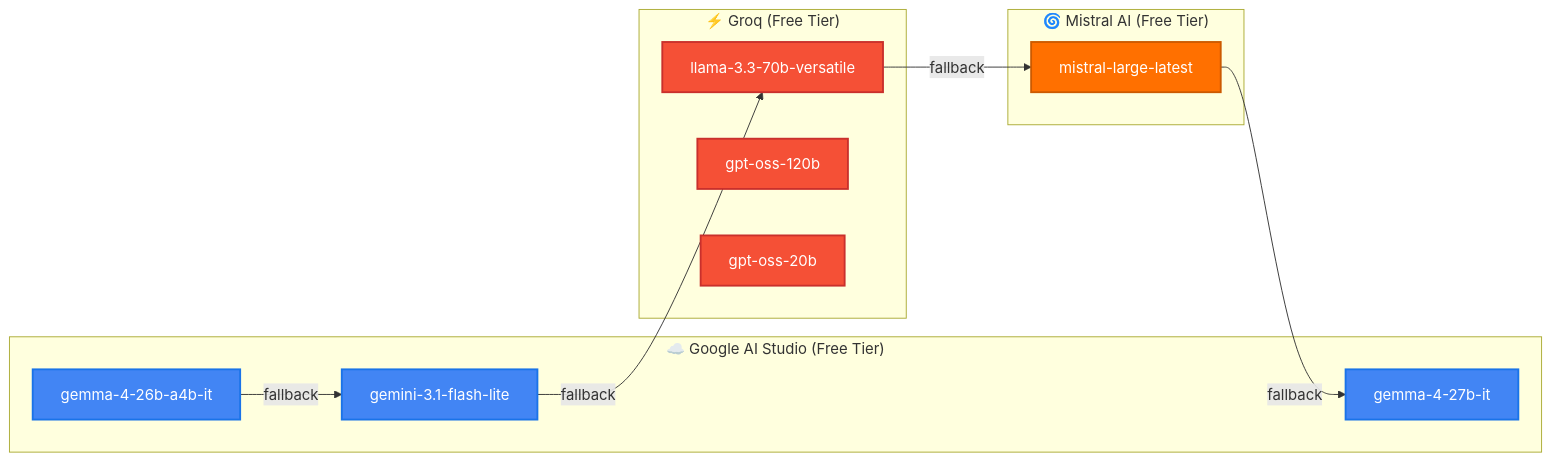
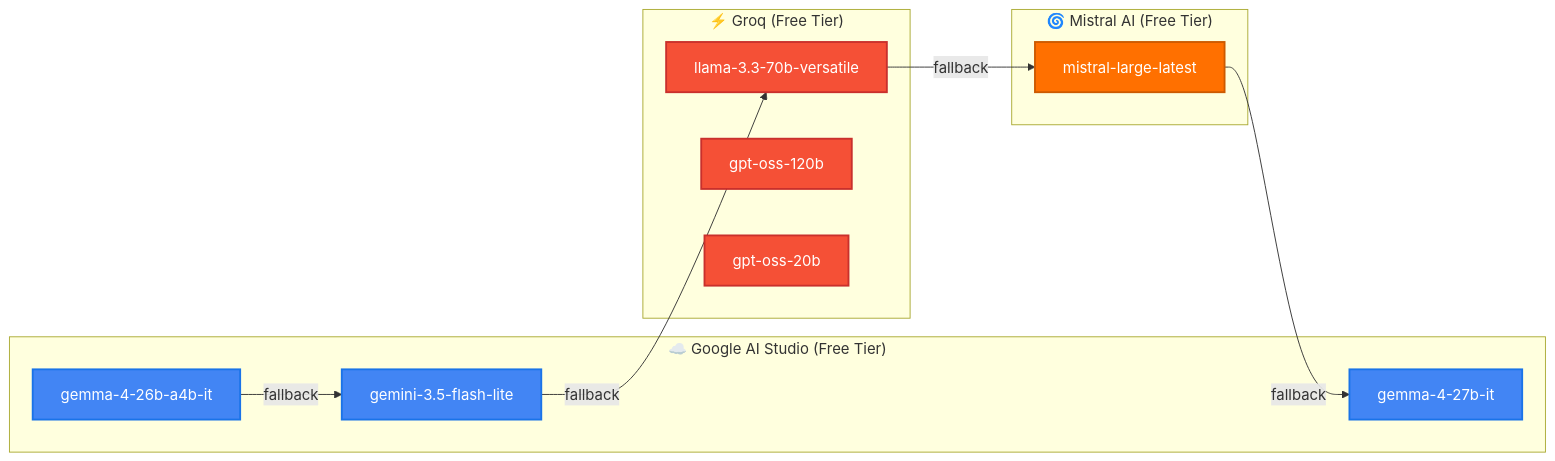
Before and after one commit to kvcops/JobHunterX: the first of 3 diagrams in README.md, drawn with Mermaid. The commit also changed other lines of this file and 11 other files, not shown here.

````diff
--- a/README.md
+++ b/README.md
@@ -219,31 +222,31 @@
 ```mermaid
 graph LR
     subgraph Google["☁️ Google AI Studio (Free Tier)"]
         G1["gemma-4-26b-a4b-it"]
-        G2["gemini-3.1-flash-lite"]
+        G2["gemini-3.5-flash-lite"]
         G3["gemma-4-27b-it"]
     end
 
     subgraph Groq["⚡ Groq (Free Tier)"]
         GR1["llama-3.3-70b-versatile"]
         GR2["gpt-oss-120b"]
         GR3["gpt-oss-20b"]
     end
 
     subgraph Mistral["🌀 Mistral AI (Free Tier)"]
         M1["mistral-large-latest"]
     end
 
     G1 -->|fallback| G2
     G2 -->|fallback| GR1
     GR1 -->|fallback| M1
     M1 -->|fallback| G3
 
     classDef google fill:#4285F4,stroke:#1a73e8,color:#fff,stroke-width:2px;
     classDef groq fill:#F55036,stroke:#c9302c,color:#fff,stroke-width:2px;
     classDef mistral fill:#FF7000,stroke:#cc5a00,color:#fff,stroke-width:2px;
 
     class G1,G2,G3 google;
     class GR1,GR2,GR3 groq;
     class M1 mistral;
 ```
````
